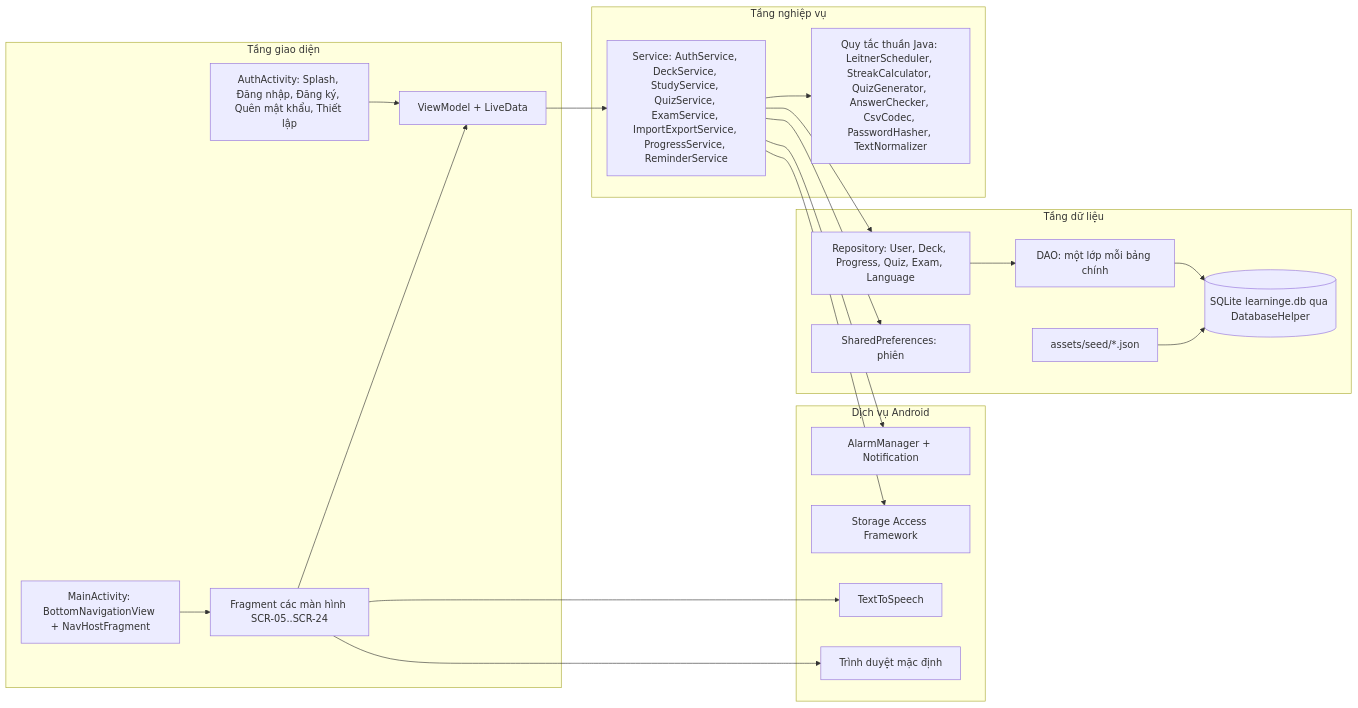
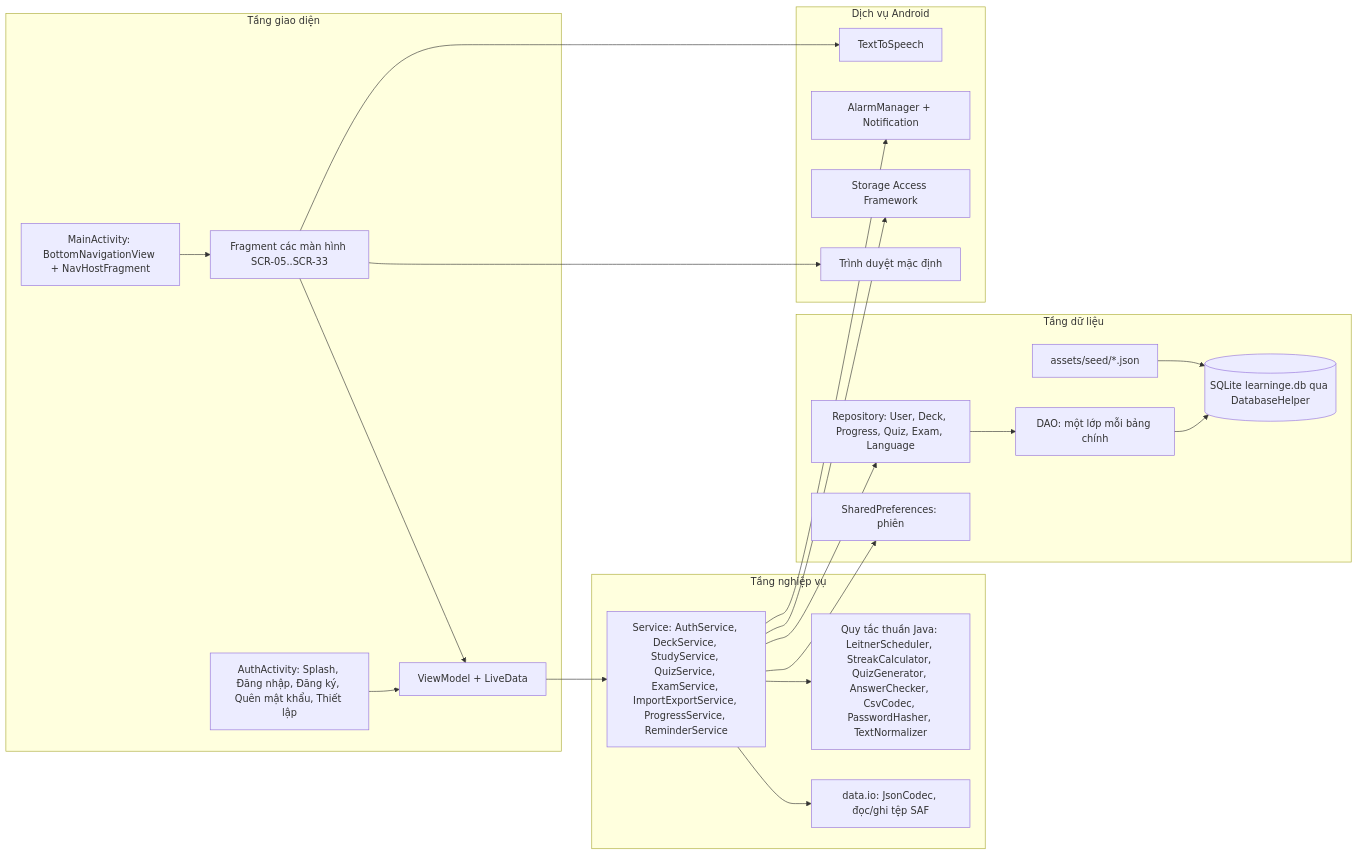
Before and after one commit to at1308033-sketch/LearningE_app: the second of 5 diagrams in docs/engineering/SYSTEM-BLUEPRINT.md, drawn with Mermaid. The commit also changed other lines of this file and 172 other files, not shown here.

First line of the commit message:
Bổ sung sơ đồ ca sử dụng (use case diagram) cho tiến trình học tập và lời nhắc, tệp đầu ra định dạng SVG, cùng tập lệnh tạo tài liệu

````diff
--- a/docs/engineering/SYSTEM-BLUEPRINT.md
+++ b/docs/engineering/SYSTEM-BLUEPRINT.md
@@ -69,36 +77,38 @@
 ```mermaid
 flowchart LR
   subgraph UI[Tầng giao diện]
     AA[AuthActivity: Splash, Đăng nhập, Đăng ký, Quên mật khẩu, Thiết lập]
     MA[MainActivity: BottomNavigationView + NavHostFragment]
-    FR[Fragment các màn hình SCR-05..SCR-24]
+    FR[Fragment các màn hình SCR-05..SCR-33]
     VM[ViewModel + LiveData]
   end
   subgraph DOMAIN[Tầng nghiệp vụ]
     SVC[Service: AuthService, DeckService, StudyService, QuizService, ExamService, ImportExportService, ProgressService, ReminderService]
     RULE[Quy tắc thuần Java: LeitnerScheduler, StreakCalculator, QuizGenerator, AnswerChecker, CsvCodec, PasswordHasher, TextNormalizer]
+    IO[data.io: JsonCodec, đọc/ghi tệp SAF]
   end
   subgraph DATA[Tầng dữ liệu]
     REPO[Repository: User, Deck, Progress, Quiz, Exam, Language]
     DAO[DAO: một lớp mỗi bảng chính]
     DB[(SQLite learninge.db qua DatabaseHelper)]
     SEED[assets/seed/*.json]
     PREF[SharedPreferences: phiên]
   end
   subgraph OS[Dịch vụ Android]
     TTS[TextToSpeech]
     AL[AlarmManager + Notification]
     SAF[Storage Access Framework]
     BR[Trình duyệt mặc định]
   end
   AA --> VM
   MA --> FR --> VM --> SVC
   SVC --> RULE
   SVC --> REPO --> DAO --> DB
   SEED --> DB
   SVC --> PREF
   FR --> TTS
   SVC --> AL
   SVC --> SAF
+  SVC --> IO
   FR --> BR
 ```
````
